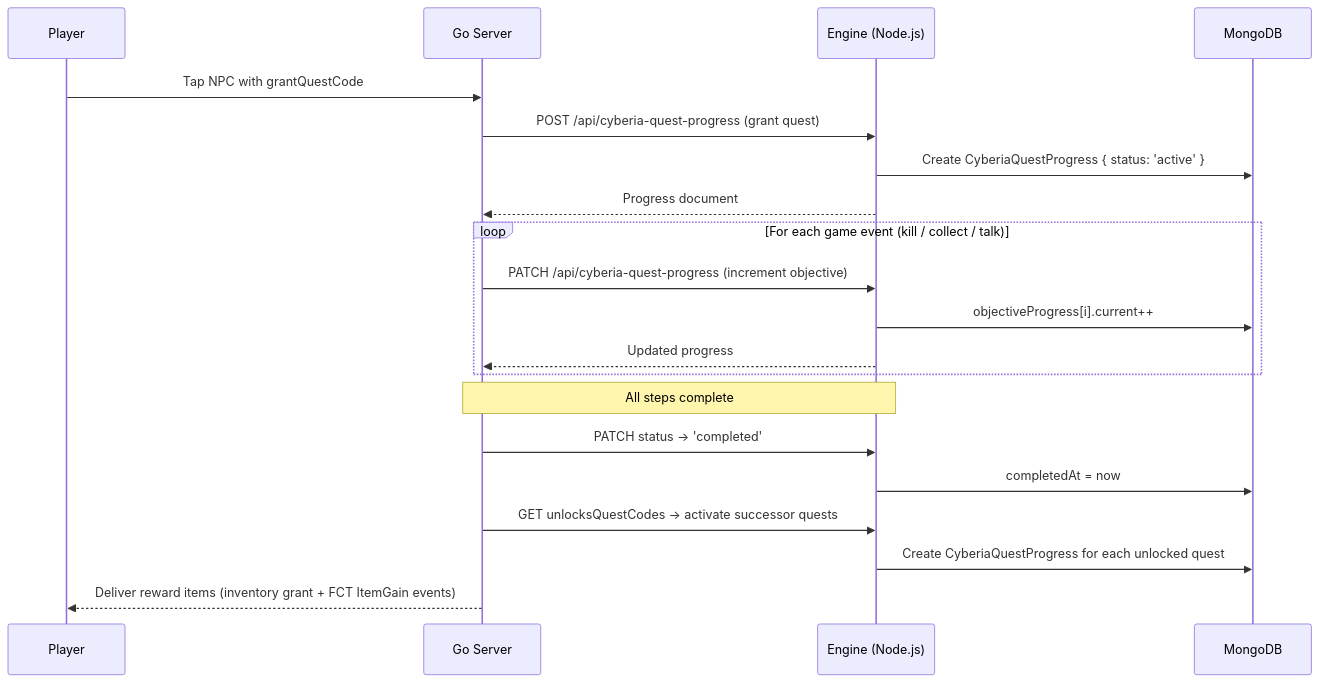
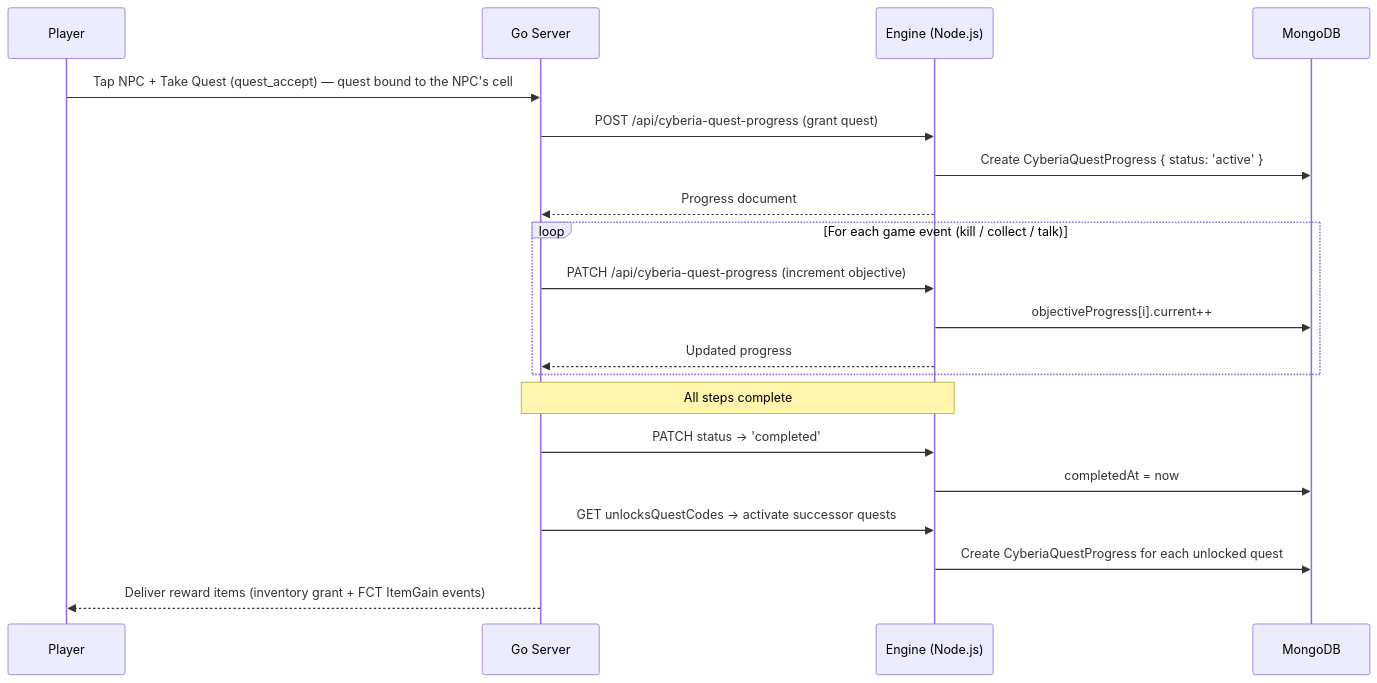
The second of 2 diagrams in src/client/public/cyberia-docs/QUEST-SYSTEM.md (underpostnet/engine), drawn with Mermaid before and after one commit. The commit also changed 1 other file, not shown here.

Commit message:
[docs] Update action and quest system documentation for cell-based binding and explicit quest accept

````diff
--- a/src/client/public/cyberia-docs/QUEST-SYSTEM.md
+++ b/src/client/public/cyberia-docs/QUEST-SYSTEM.md
@@ -115,25 +115,25 @@
 ```mermaid
 sequenceDiagram
     participant P as Player
     participant G as Go Server
     participant E as Engine (Node.js)
     participant DB as MongoDB
 
-    P->>G: Tap NPC with grantQuestCode
+    P->>G: Tap NPC + Take Quest (quest_accept) — quest bound to the NPC's cell
     G->>E: POST /api/cyberia-quest-progress (grant quest)
     E->>DB: Create CyberiaQuestProgress { status: 'active' }
     E-->>G: Progress document
 
     loop For each game event (kill / collect / talk)
         G->>E: PATCH /api/cyberia-quest-progress (increment objective)
         E->>DB: objectiveProgress[i].current++
         E-->>G: Updated progress
     end
 
     Note over G,E: All steps complete
     G->>E: PATCH status → 'completed'
     E->>DB: completedAt = now
     G->>E: GET unlocksQuestCodes → activate successor quests
     E->>DB: Create CyberiaQuestProgress for each unlocked quest
     G-->>P: Deliver reward items (inventory grant + FCT ItemGain events)
 ```
````
